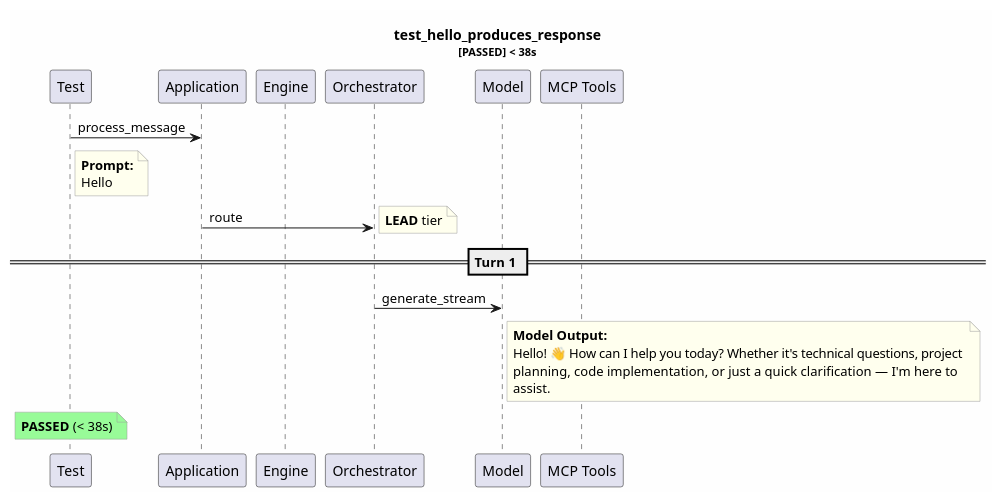
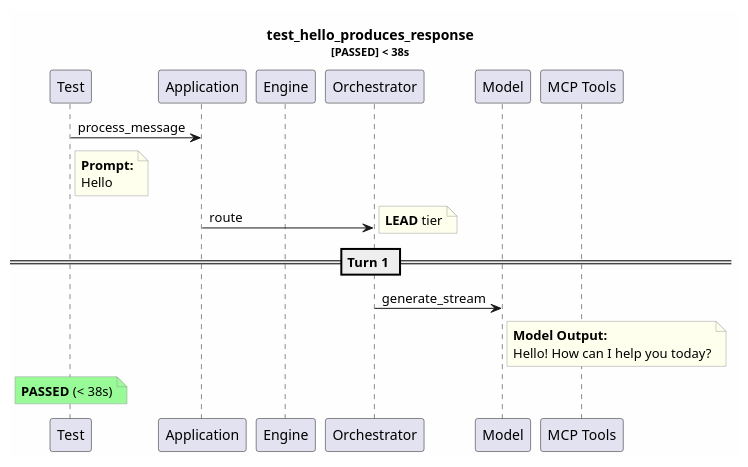
One commit to tvanfossen/entropic changed the diagram in test-reports/logs/test_hello_produces_response/test_hello_produces_response.puml. Above: the diagram before and after it, drawn with PlantUML. The commit also changed 13 other files, not shown here.

```diff
--- a/test-reports/logs/test_hello_produces_response/test_hello_produces_response.puml
+++ b/test-reports/logs/test_hello_produces_response/test_hello_produces_response.puml
@@ -1,33 +1,31 @@
 @startuml
 skinparam backgroundColor #FEFEFE
 skinparam noteBorderColor #999999
 skinparam noteBackgroundColor #FFFFEE
 title test_hello_produces_response\n<size:11>[PASSED] < 38s</size>
 
 participant "Test" as T
 participant "Application" as App
 participant "Engine" as Eng
 participant "Orchestrator" as Orch
 participant "Model" as Mdl
 participant "MCP Tools" as MCP
 
 T -> App: process_message
 note right of T
   **Prompt:**
   Hello
 end note
 App -> Orch: route
 note right: **LEAD** tier
 == Turn 1 ==
 Orch -> Mdl: generate_stream
 note right of Mdl
   **Model Output:**
-  Hello! 👋 How can I help you today? Whether it's technical questions, project 
-  planning, code implementation, or just a quick clarification — I'm here to 
-  assist.
+  Hello! How can I help you today?
 end note
 note over T #palegreen
   **PASSED** (< 38s)
 end note
 
 @enduml
```
